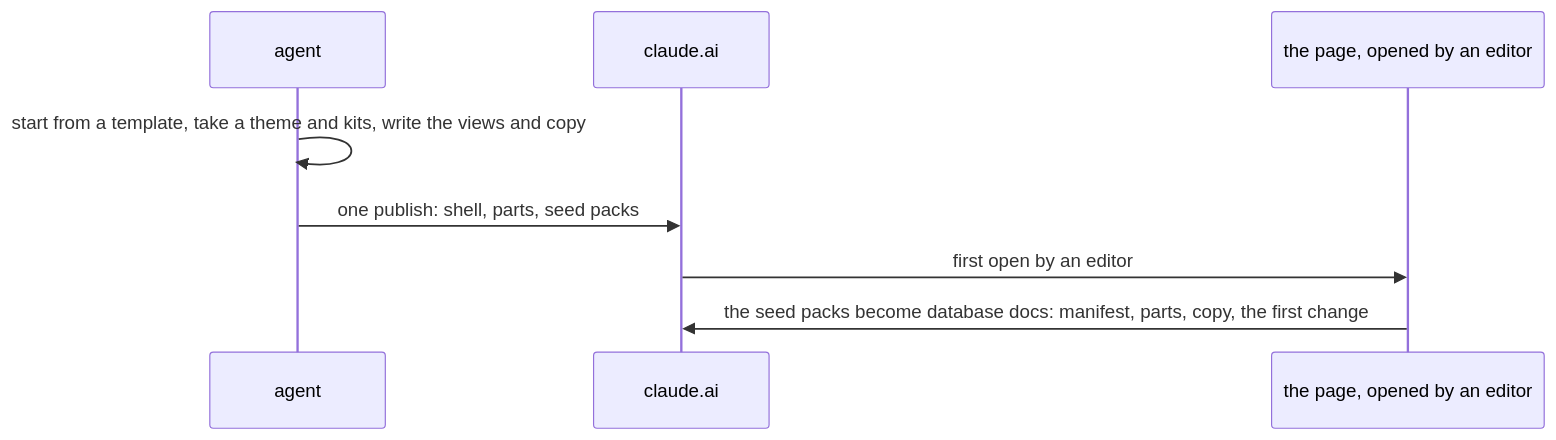
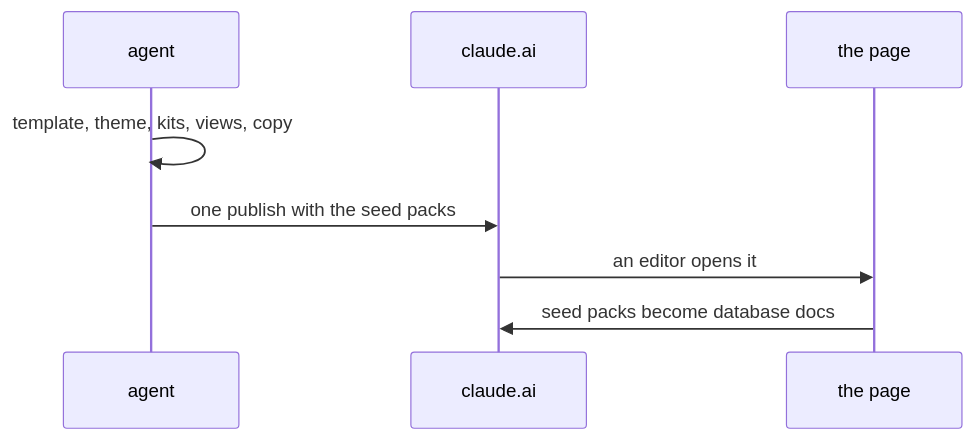
One commit to fblgit/artifacts-done-properly changed the third of 6 diagrams in plugins/artifacts-done-properly/skills/adp/catalog/kit/guides/artifact-dataplane.md. Above: the diagram before and after it, drawn with Mermaid. The commit also changed other lines of this file and 4 other files, not shown here.

First line of the commit message:
Guide review fixes; its Mermaid diagrams wear the chosen theme and fit the column

````diff
--- a/plugins/artifacts-done-properly/skills/adp/catalog/kit/guides/artifact-dataplane.md
+++ b/plugins/artifacts-done-properly/skills/adp/catalog/kit/guides/artifact-dataplane.md
@@ -68,10 +68,10 @@
 ```mermaid
 sequenceDiagram
   participant A as agent
   participant C as claude.ai
-  participant P as the page, opened by an editor
-  A->>A: start from a template, take a theme and kits, write the views and copy
-  A->>C: one publish: shell, parts, seed packs
-  C->>P: first open by an editor
-  P->>C: the seed packs become database docs: manifest, parts, copy, the first change
+  participant P as the page
+  A->>A: template, theme, kits, views, copy
+  A->>C: one publish with the seed packs
+  C->>P: an editor opens it
+  P->>C: seed packs become database docs
 ```
````
